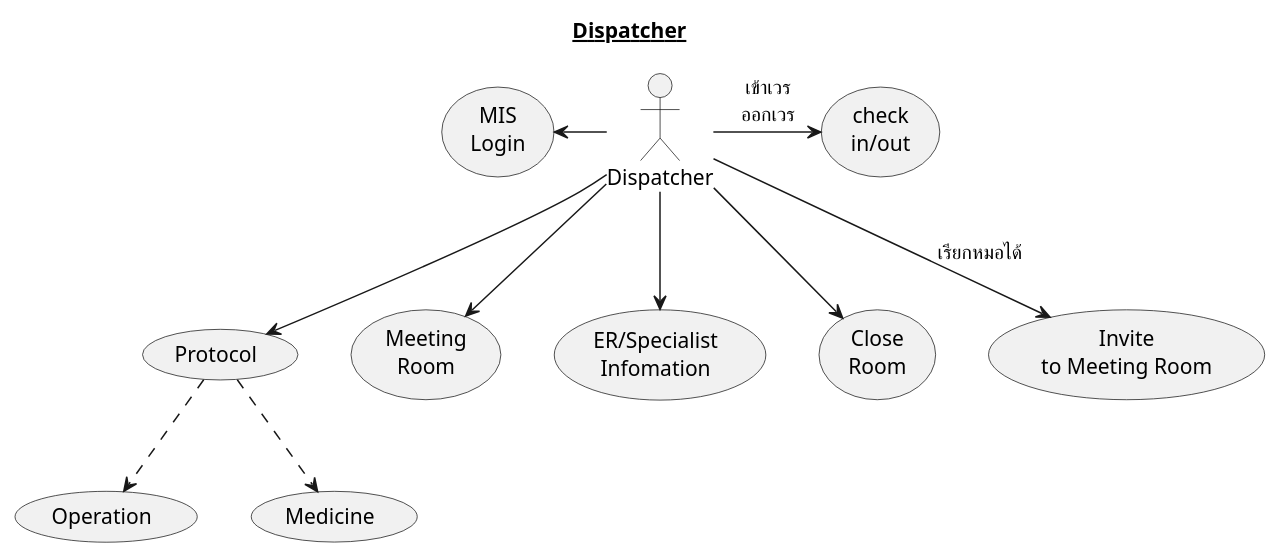
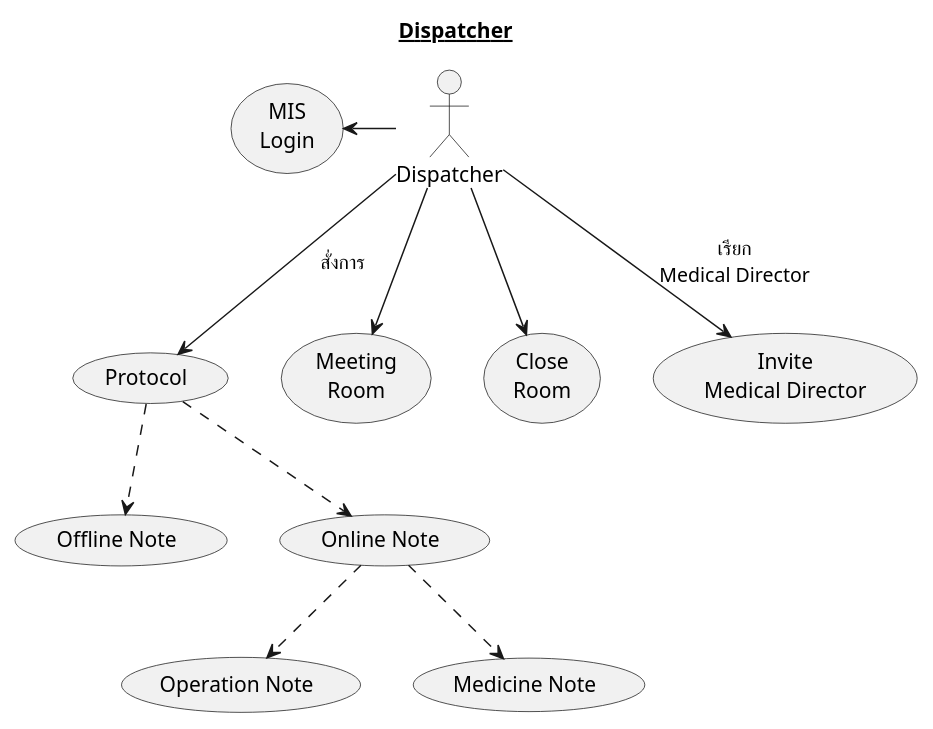
One commit to lionants02/mis-api-doc changed the diagram in uml/scenario_Dispatcher.plantuml. Above: the diagram before and after it, drawn with PlantUML. The commit also changed 11 other files, not shown here.

```diff
--- a/uml/scenario_Dispatcher.plantuml
+++ b/uml/scenario_Dispatcher.plantuml
@@ -1,26 +1,26 @@
 @startuml
 Title __Dispatcher__
   :Dispatcher: as Dispatcher
 
   usecase (Protocol) as Protocol
-  usecase (Operation) as Ops
-  usecase (Medicine) as Med
-  Protocol ..> Ops
-  Protocol ..> Med
+  usecase (Offline Note) as Offline
+  usecase (Online Note) as Online
+  usecase (Operation Note) as Ops
+  usecase (Medicine Note) as Med
+  Protocol ..> Offline
+  Protocol ..> Online
+  Online ..> Ops
+  Online ..> Med
 
-  usecase (check\nin/out) as checkIn
   usecase (MIS\nLogin) as MISLogin
   usecase (Meeting\nRoom) as MeetingRoom
-  usecase (ER/Specialist\nInfomation) as ERSpecialistInfomation
   usecase (Close\nRoom) as CloseRoom
-  usecase (Invite\nto Meeting Room) as InviteToMeetingRoom
+  usecase (Invite\nMedical Director) as InviteMD
 
-  Dispatcher -right-> checkIn : เข้าเวร\nออกเวร
   Dispatcher -left-> MISLogin
   Dispatcher --> MeetingRoom
-  Dispatcher --> ERSpecialistInfomation
   Dispatcher --> CloseRoom
-  Dispatcher --> Protocol
-  Dispatcher --> InviteToMeetingRoom : เรียกหมอได้
+  Dispatcher --> Protocol : สั่งการ
+  Dispatcher --> InviteMD : เรียก\nMedical Director
 
 @enduml
```
